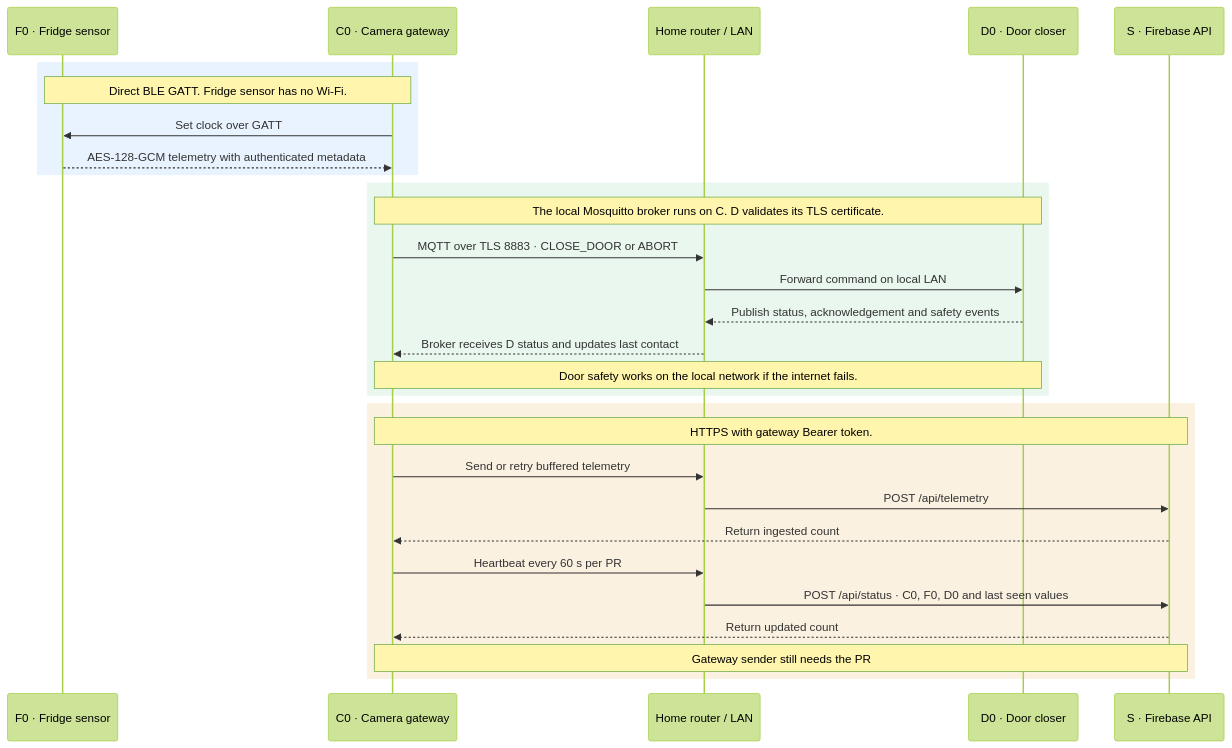
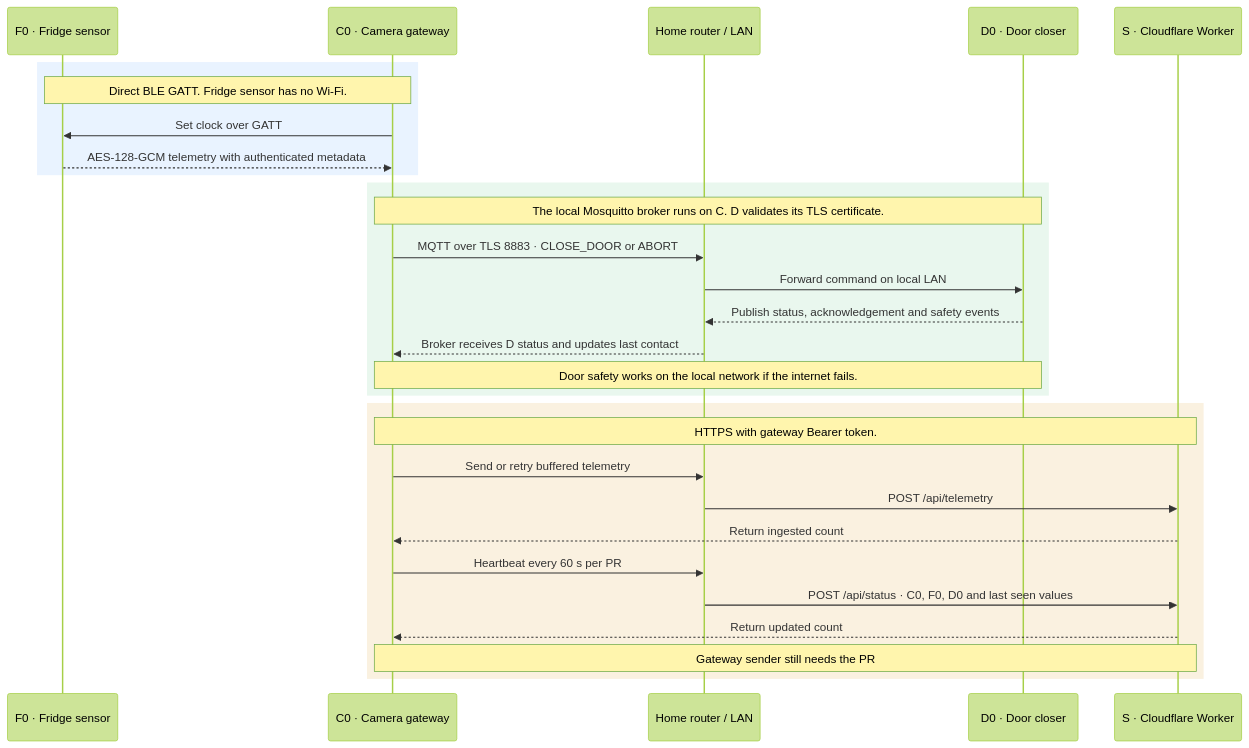
One commit to theme222/FoodWarden changed the diagram in server/diagrams/network.mmd. Above: the diagram before and after it, drawn with Mermaid (forest theme). The commit also changed 7 other files, not shown here.

Commit message:
docs(server): update diagrams and audit for Full Cloudflare stack

```diff
--- a/server/diagrams/network.mmd
+++ b/server/diagrams/network.mmd
@@ -1,34 +1,34 @@
 sequenceDiagram
     accTitle: FoodWarden physical connections and heartbeat
-    accDescr: Device traffic on BLE and the home LAN, followed by the gateway's authenticated connection to Firebase.
+    accDescr: Device traffic on BLE and the home LAN, followed by the gateway's authenticated connection to Cloudflare Workers.
     participant F as F0 · Fridge sensor
     participant C as C0 · Camera gateway
     participant R as Home router / LAN
     participant D as D0 · Door closer
-    participant S as S · Firebase API
+    participant S as S · Cloudflare Worker
 
     rect rgb(233, 243, 255)
         Note over F,C: Direct BLE GATT. Fridge sensor has no Wi-Fi.
         C->>F: Set clock over GATT
         F-->>C: AES-128-GCM telemetry with authenticated metadata
     end
 
     rect rgb(233, 247, 238)
         Note over C,D: The local Mosquitto broker runs on C. D validates its TLS certificate.
         C->>R: MQTT over TLS 8883 · CLOSE_DOOR or ABORT
         R->>D: Forward command on local LAN
         D-->>R: Publish status, acknowledgement and safety events
         R-->>C: Broker receives D status and updates last contact
         Note over C,D: Door safety works on the local network if the internet fails.
     end
 
     rect rgb(250, 241, 224)
         Note over C,S: HTTPS with gateway Bearer token.
         C->>R: Send or retry buffered telemetry
         R->>S: POST /api/telemetry
         S-->>C: Return ingested count
         C->>R: Heartbeat every 60 s per PR #5
         R->>S: POST /api/status · C0, F0, D0 and last seen values
         S-->>C: Return updated count
         Note over C,S: Gateway sender still needs the PR #5 integration.
     end
```
